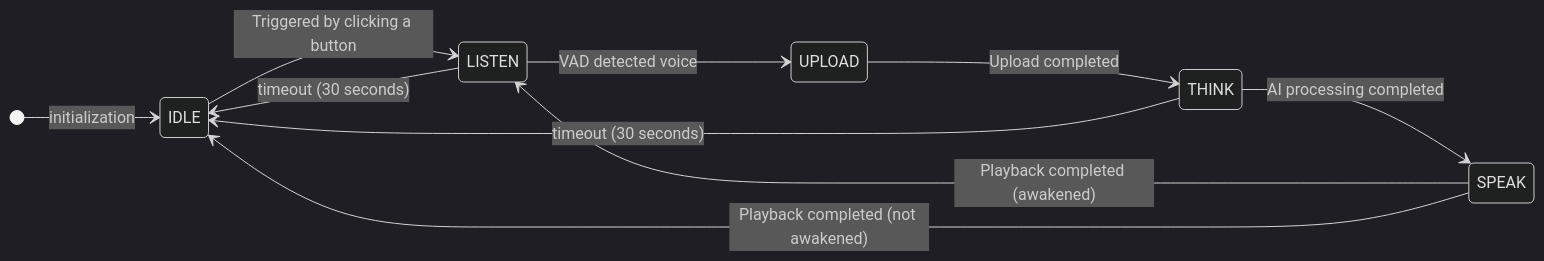
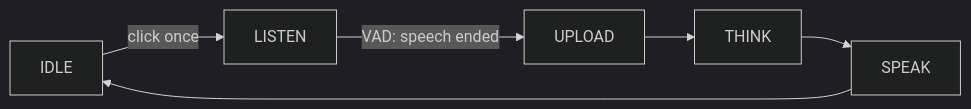
The diagram in docs/cloud/device-ai/ai-components/ai-mode-oneshot.md (Tuya-Community/TuyaOpen.io), drawn with Mermaid (dark theme) before and after one commit. The commit also changed other lines of this file and 365 other files, not shown here.

````diff
--- a/docs/cloud/device-ai/ai-components/ai-mode-oneshot.md
+++ b/docs/cloud/device-ai/ai-components/ai-mode-oneshot.md
@@ -53,13 +23,8 @@
 ```mermaid
-stateDiagram-v2
-    direction LR
-[*] --> IDLE: initialization
-IDLE --> LISTEN: Triggered by clicking a button
-LISTEN --> UPLOAD: VAD detected voice
-UPLOAD --> THINK: Upload completed
-THINK --> SPEAK: AI processing completed
-SPEAK --> LISTEN: Playback completed (awakened)
-SPEAK --> IDLE: Playback completed (not awakened)
-LISTEN --> IDLE: timeout (30 seconds)
-THINK --> IDLE: timeout (30 seconds)
+flowchart LR
+    IDLE -->|click once| LISTEN
+    LISTEN -->|VAD: speech ended| UPLOAD
+    UPLOAD --> THINK
+    THINK --> SPEAK
+    SPEAK --> IDLE
 ```
````
